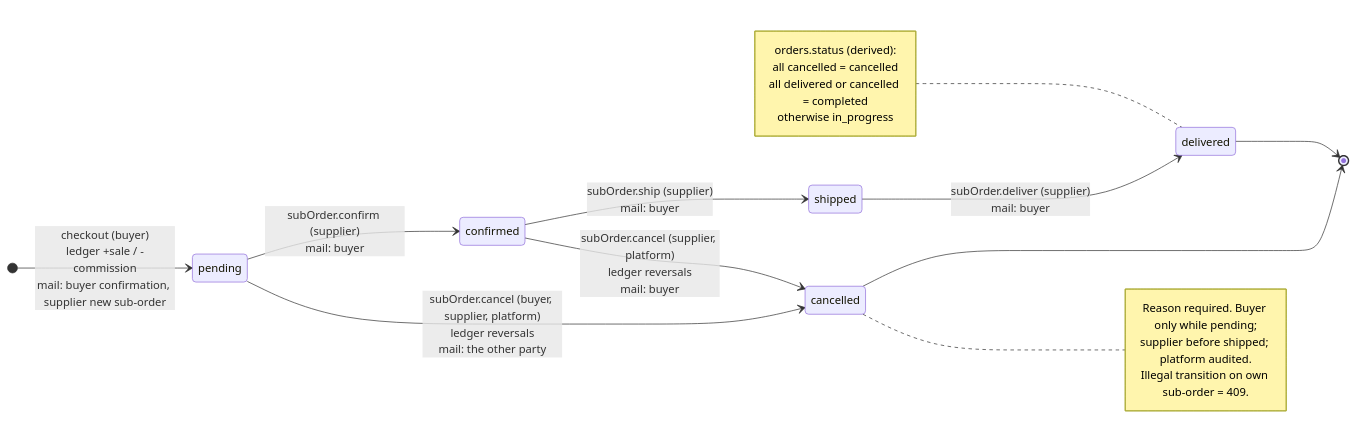
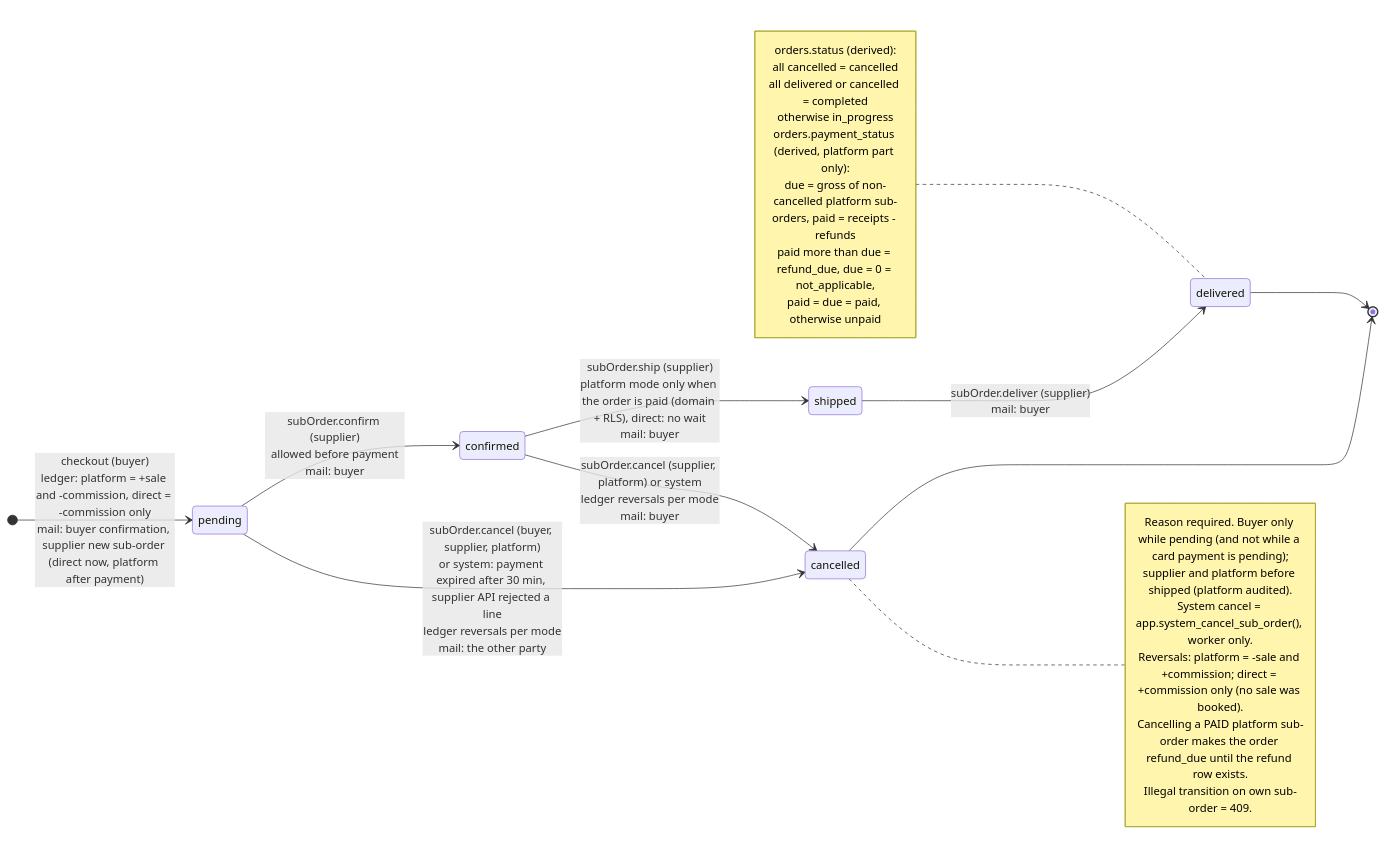
Before and after one commit to horeca-ai-dev/horeca-marketplace: the diagram in docs/diagrams/11-state-suborder.mmd, drawn with Mermaid. The commit also changed 4 other files, not shown here.

First line of the commit message:
docs(diagrams): bring diagrams 08, 09, 11 and 12 up to the migrations and decision 012

```diff
--- a/docs/diagrams/11-state-suborder.mmd
+++ b/docs/diagrams/11-state-suborder.mmd
@@ -1,24 +1,33 @@
-%% Decision 11.6 — sub-order state machine. One transition(subOrder, event, actor) function; every
+%% Decision 11.6 + decision 012 — sub-order state machine. One transition(subOrder, event, actor) function; every
 %% transition = conditional UPDATE + sub_order_events row + app.recompute_order() in ONE transaction.
+%% Updated D4-B4 (26.11): purchase mode per sub-order (direct | platform), shipping waits for payment in platform mode,
+%% system cancellation by the worker, ledger effects per mode.
 stateDiagram-v2
   direction LR
-  [*] --> pending : checkout (buyer)<br/>ledger +sale / -commission<br/>mail: buyer confirmation, supplier new sub-order
-  pending --> confirmed : subOrder.confirm (supplier)<br/>mail: buyer
-  confirmed --> shipped : subOrder.ship (supplier)<br/>mail: buyer
+  [*] --> pending : checkout (buyer)<br/>ledger: platform = +sale and -commission, direct = -commission only<br/>mail: buyer confirmation, supplier new sub-order (direct now, platform after payment)
+  pending --> confirmed : subOrder.confirm (supplier)<br/>allowed before payment<br/>mail: buyer
+  confirmed --> shipped : subOrder.ship (supplier)<br/>platform mode only when the order is paid (domain + RLS), direct: no wait<br/>mail: buyer
   shipped --> delivered : subOrder.deliver (supplier)<br/>mail: buyer
-  pending --> cancelled : subOrder.cancel (buyer, supplier, platform)<br/>ledger reversals<br/>mail: the other party
-  confirmed --> cancelled : subOrder.cancel (supplier, platform)<br/>ledger reversals<br/>mail: buyer
+  pending --> cancelled : subOrder.cancel (buyer, supplier, platform)<br/>or system: payment expired after 30 min, supplier API rejected a line<br/>ledger reversals per mode<br/>mail: the other party
+  confirmed --> cancelled : subOrder.cancel (supplier, platform) or system<br/>ledger reversals per mode<br/>mail: buyer
   delivered --> [*]
   cancelled --> [*]
 
   note right of cancelled
-    Reason required. Buyer only while pending;
-    supplier before shipped; platform audited.
+    Reason required. Buyer only while pending (and not while a card payment is pending);
+    supplier and platform before shipped (platform audited).
+    System cancel = app.system_cancel_sub_order(), worker only.
+    Reversals: platform = -sale and +commission; direct = +commission only (no sale was booked).
+    Cancelling a PAID platform sub-order makes the order refund_due until the refund row exists.
     Illegal transition on own sub-order = 409.
   end note
   note left of delivered
     orders.status (derived):
     all cancelled = cancelled
     all delivered or cancelled = completed
     otherwise in_progress
+    orders.payment_status (derived, platform part only):
+    due = gross of non-cancelled platform sub-orders, paid = receipts - refunds
+    paid more than due = refund_due, due = 0 = not_applicable,
+    paid = due = paid, otherwise unpaid
   end note
```
